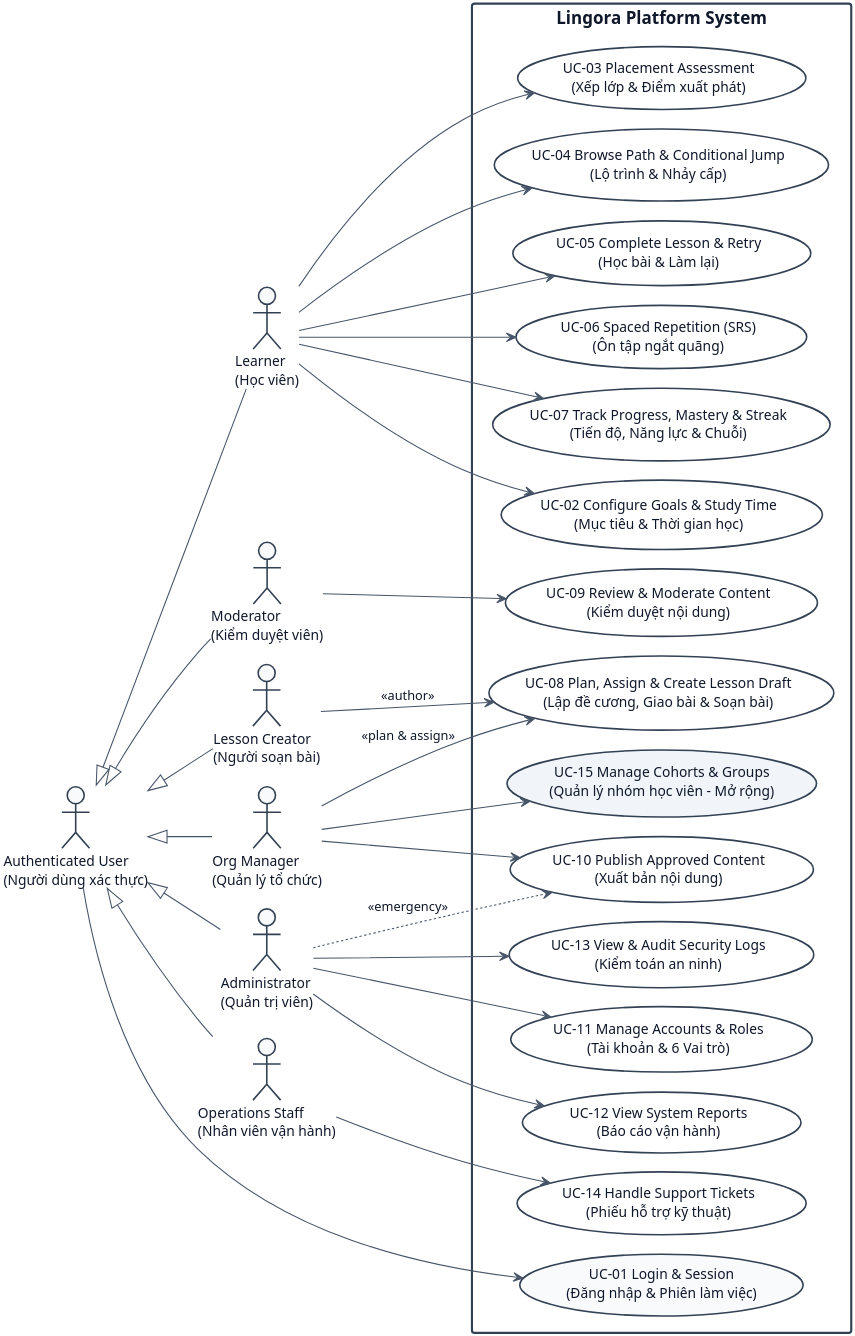
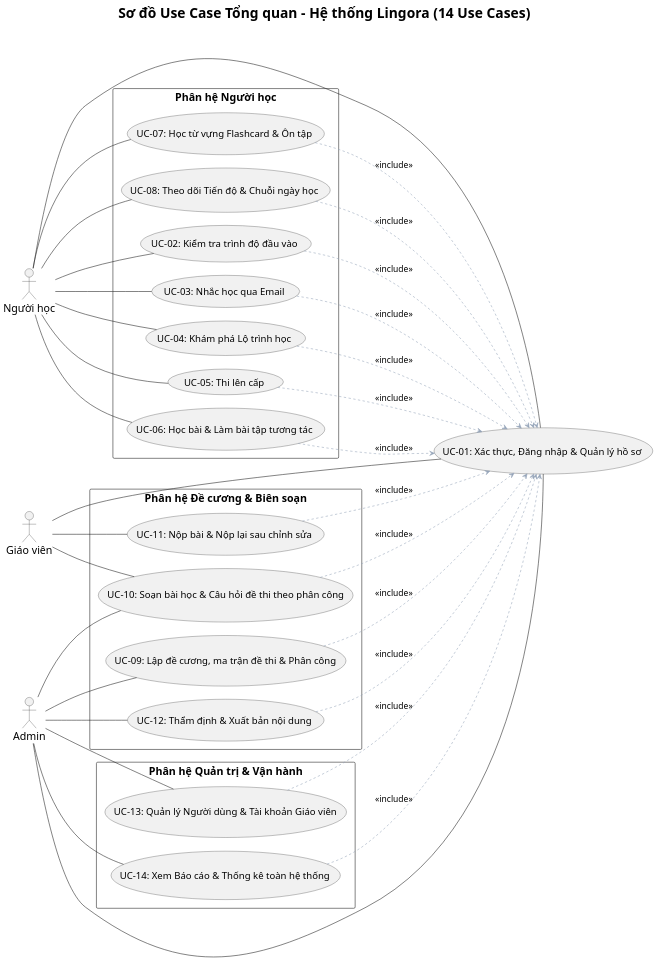
One commit to PhamNguyenThanhTung/lingora-workspace changed the diagram in docs/diagrams/lingora-modeling/src/02-usecase-overall.puml. Above: the diagram before and after it, drawn with PlantUML. The commit also changed 17 other files, not shown here.

Commit message:
docs(diagrams): remove obsolete actors and sync all usecase diagrams with 14 UC baseline

```diff
--- a/docs/diagrams/lingora-modeling/src/02-usecase-overall.puml
+++ b/docs/diagrams/lingora-modeling/src/02-usecase-overall.puml
@@ -1,104 +1,102 @@
 @startuml
-skinparam backgroundColor #FFFFFF
+skinparam dpi 150
+skinparam defaultFontName Arial
+skinparam defaultFontSize 20
+skinparam titleFontSize 26
+skinparam ArrowFontSize 16
+skinparam UsecaseFontSize 18
+skinparam ActorFontSize 20
 skinparam shadowing false
-skinparam defaultFontName "Calibri", "Segoe UI", Arial, sans-serif
-skinparam defaultFontSize 14
-skinparam defaultFontColor #0F172A
-skinparam dpi 300
+skinparam nodesep 25
+skinparam ranksep 80
 
-skinparam usecase {
-    BackgroundColor #FFFFFF
-    BorderColor #334155
-    BorderThickness 1.5
-    FontSize 13
-    ArrowColor #475569
-    ArrowFontSize 12
+left to right direction
+title Sơ đồ Use Case Tổng quan - Hệ thống Lingora (14 Use Cases)
+
+actor "Người học" as Learner
+actor "Giáo viên" as Teacher
+actor "Admin" as Admin
+
+Learner -[hidden]right-> Teacher
+Teacher -[hidden]right-> Admin
+
+rectangle "Phân hệ Người học" as P_Learner {
+    usecase "UC-02: Kiểm tra trình độ đầu vào" as UC_02
+    usecase "UC-03: Nhắc học qua Email" as UC_03
+    usecase "UC-04: Khám phá Lộ trình học" as UC_04
+    usecase "UC-05: Thi lên cấp" as UC_05
+    usecase "UC-06: Học bài & Làm bài tập tương tác" as UC_06
+    usecase "UC-07: Học từ vựng Flashcard & Ôn tập" as UC_07
+    usecase "UC-08: Theo dõi Tiến độ & Chuỗi ngày học" as UC_08
 }
 
-skinparam actor {
-    BackgroundColor #F8FAFC
-    BorderColor #334155
-    BorderThickness 1.5
-    FontSize 13
+rectangle "Phân hệ Đề cương & Biên soạn" as P_Content {
+    usecase "UC-09: Lập đề cương, ma trận đề thi & Phân công" as UC_09
+    usecase "UC-10: Soạn bài học & Câu hỏi đề thi theo phân công" as UC_10
+    usecase "UC-11: Nộp bài & Nộp lại sau chỉnh sửa" as UC_11
+    usecase "UC-12: Thẩm định & Xuất bản nội dung" as UC_12
 }
 
-skinparam rectangle {
-    BorderColor #334155
-    BorderThickness 2
-    FontSize 16
-    FontStyle bold
+rectangle "Phân hệ Quản trị & Vận hành" as P_Admin {
+    usecase "UC-13: Quản lý Người dùng & Tài khoản Giáo viên" as UC_13
+    usecase "UC-14: Xem Báo cáo & Thống kê toàn hệ thống" as UC_14
 }
 
-left to right direction
-skinparam nodesep 18
-skinparam ranksep 45
+usecase "UC-01: Xác thực, Đăng nhập & Quản lý hồ sơ" as UC_01
 
-' Base authenticated user
-actor "Authenticated User\n(Người dùng xác thực)" as AuthUser
+' Khóa cứng thứ tự dọc từ UC-02 đến UC-14 thành một chuỗi duy nhất
+UC_02 -[hidden]right-> UC_03
+UC_03 -[hidden]right-> UC_04
+UC_04 -[hidden]right-> UC_05
+UC_05 -[hidden]right-> UC_06
+UC_06 -[hidden]right-> UC_07
+UC_07 -[hidden]right-> UC_08
+UC_08 -[hidden]right-> UC_09
+UC_09 -[hidden]right-> UC_10
+UC_10 -[hidden]right-> UC_11
+UC_11 -[hidden]right-> UC_12
+UC_12 -[hidden]right-> UC_13
+UC_13 -[hidden]right-> UC_14
 
-' Specialized Actors inheriting from Authenticated User
-actor "Learner\n(Học viên)" as Learner
-actor "Lesson Creator\n(Người soạn bài)" as Creator
-actor "Moderator\n(Kiểm duyệt viên)" as Moderator
-actor "Org Manager\n(Quản lý tổ chức)" as OrgMgr
-actor "Administrator\n(Quản trị viên)" as Admin
-actor "Operations Staff\n(Nhân viên vận hành)" as OpsStaff
+' Đẩy UC-01 sang bên phải
+UC_06 -[hidden]down-> UC_01
 
-' Inheritance hierarchy (All 6 roles inherit Authenticated User)
-Learner -up-|> AuthUser
-Creator -up-|> AuthUser
-Moderator -up-|> AuthUser
-OrgMgr -up-|> AuthUser
-Admin -up-|> AuthUser
-OpsStaff -up-|> AuthUser
+' Liên kết Actor với Use Case (đường nét liền, KHÔNG mũi tên)
+Learner -- UC_01
+Learner -- UC_02
+Learner -- UC_03
+Learner -- UC_04
+Learner -- UC_05
+Learner -- UC_06
+Learner -- UC_07
+Learner -- UC_08
 
-rectangle "Lingora Platform System" {
-  usecase "UC-01 Login & Session\n(Đăng nhập & Phiên làm việc)" as UC01 #F8FAFC
+Teacher -- UC_01
+Teacher -- UC_10
+Teacher -- UC_11
 
-  usecase "UC-02 Configure Goals & Study Time\n(Mục tiêu & Thời gian học)" as UC02
-  usecase "UC-03 Placement Assessment\n(Xếp lớp & Điểm xuất phát)" as UC03
-  usecase "UC-04 Browse Path & Conditional Jump\n(Lộ trình & Nhảy cấp)" as UC04
-  usecase "UC-05 Complete Lesson & Retry\n(Học bài & Làm lại)" as UC05
-  usecase "UC-06 Spaced Repetition (SRS)\n(Ôn tập ngắt quãng)" as UC06
-  usecase "UC-07 Track Progress, Mastery & Streak\n(Tiến độ, Năng lực & Chuỗi)" as UC07
+Admin -- UC_01
+Admin -- UC_09
+Admin -- UC_10
+Admin -- UC_12
+Admin -- UC_13
+Admin -- UC_14
 
-  usecase "UC-08 Plan, Assign & Create Lesson Draft\n(Lập đề cương, Giao bài & Soạn bài)" as UC08
-  usecase "UC-09 Review & Moderate Content\n(Kiểm duyệt nội dung)" as UC09
-  usecase "UC-10 Publish Approved Content\n(Xuất bản nội dung)" as UC10
+' Mũi tên include từ tất cả 13 UC tới UC-01
+UC_02 .[#94A3B8].> UC_01 : <<include>>
+UC_03 .[#94A3B8].> UC_01 : <<include>>
+UC_04 .[#94A3B8].> UC_01 : <<include>>
+UC_05 .[#94A3B8].> UC_01 : <<include>>
+UC_06 .[#94A3B8].> UC_01 : <<include>>
+UC_07 .[#94A3B8].> UC_01 : <<include>>
+UC_08 .[#94A3B8].> UC_01 : <<include>>
 
-  usecase "UC-11 Manage Accounts & Roles\n(Tài khoản & 6 Vai trò)" as UC11
-  usecase "UC-12 View System Reports\n(Báo cáo vận hành)" as UC12
-  usecase "UC-13 View & Audit Security Logs\n(Kiểm toán an ninh)" as UC13
-  usecase "UC-14 Handle Support Tickets\n(Phiếu hỗ trợ kỹ thuật)" as UC14
-  usecase "UC-15 Manage Cohorts & Groups\n(Quản lý nhóm học viên - Mở rộng)" as UC15 #F1F5F9
-}
+UC_09 .[#94A3B8].> UC_01 : <<include>>
+UC_10 .[#94A3B8].> UC_01 : <<include>>
+UC_11 .[#94A3B8].> UC_01 : <<include>>
+UC_12 .[#94A3B8].> UC_01 : <<include>>
 
-' All authenticated users must login to establish session
-AuthUser --> UC01
-
-' Learner use cases
-Learner --> UC02
-Learner --> UC03
-Learner --> UC04
-Learner --> UC05
-Learner --> UC06
-Learner --> UC07
-
-' Content management use cases
-Creator --> UC08 : <<author>>
-OrgMgr --> UC08 : <<plan & assign>>
-Moderator --> UC09
-
-' Publishing & Governance use cases
-OrgMgr --> UC10
-OrgMgr --> UC15
-
-Admin --> UC11
-Admin --> UC12
-Admin --> UC13
-Admin ..> UC10 : <<emergency>>
-
-' Support use cases
-OpsStaff --> UC14
+UC_13 .[#94A3B8].> UC_01 : <<include>>
+UC_14 .[#94A3B8].> UC_01 : <<include>>
 
 @enduml
```
